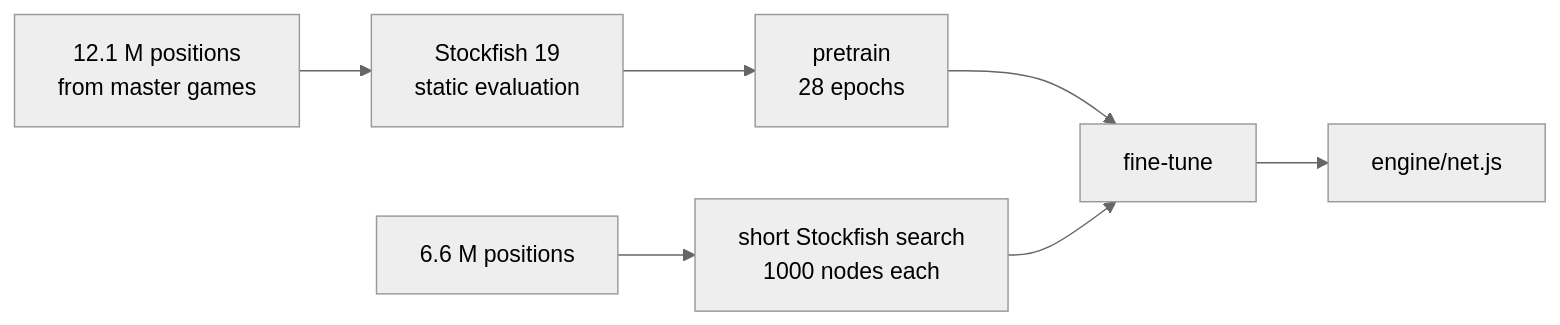
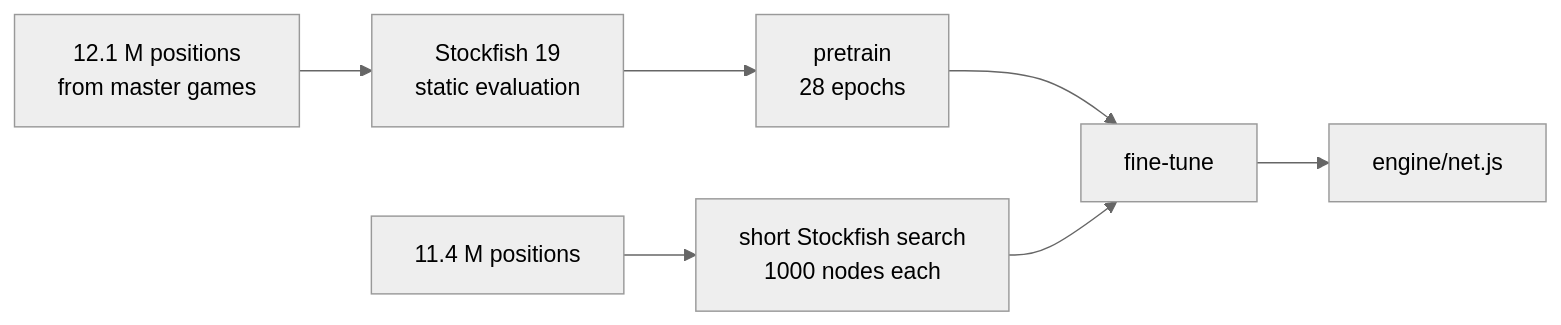
One commit to sacon1s/blizzard changed the diagram in README.md. Above: the diagram before and after it, drawn with Mermaid (neutral theme). The commit also changed other lines of this file and 6 other files, not shown here.

````diff
--- a/README.md
+++ b/README.md
@@ -160,9 +163,9 @@
 ```mermaid
 flowchart LR
     A["12.1 M positions<br>from master games"] --> B["Stockfish 19<br>static evaluation"]
     B --> C["pretrain<br>28 epochs"]
-    D["6.6 M positions"] --> E["short Stockfish search<br>1000 nodes each"]
+    D["11.4 M positions"] --> E["short Stockfish search<br>1000 nodes each"]
     C --> F["fine-tune"]
     E --> F
     F --> G["engine/net.js"]
 ```
````
